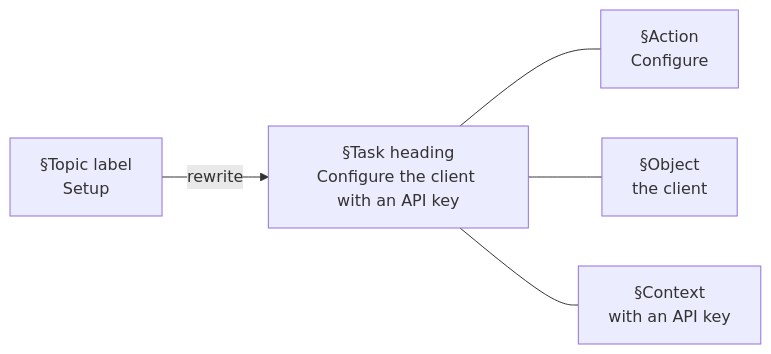
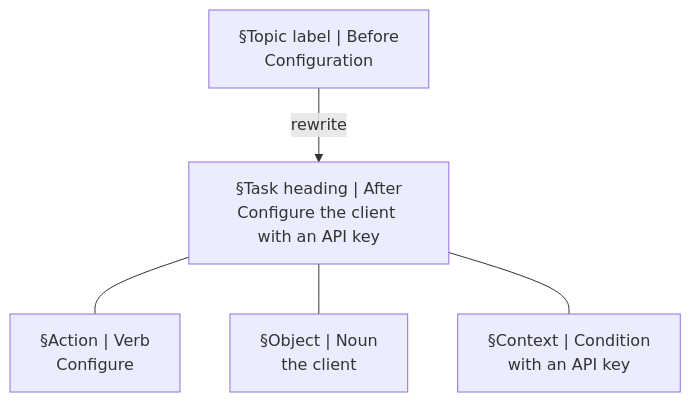
Before and after one commit to ninadpathak/ninadpathak: the diagram in content/diagrams/documentation-headings/task-heading-anatomy.mmd, drawn with Mermaid. The commit also changed 56 other files, not shown here.

```diff
--- a/content/diagrams/documentation-headings/task-heading-anatomy.mmd
+++ b/content/diagrams/documentation-headings/task-heading-anatomy.mmd
@@ -1,22 +1,30 @@
 %% @fig 01
 %% @kicker An illustrative heading rewrite
-%% @alt An illustrative example rewrites the topic label Setup as the task heading Configure the client with an API key, which names an action, an object, and a context.
-%% @caption A topic label names a subject. A task heading names the work the section covers.
+%% @alt An illustrative example rewrites the topic label Configuration as the task heading Configure the client with an API key, which names an action, an object, and a context. A table lists six section jobs with a generic label and an illustrative rewrite for each.
+%% @caption A topic label names a subject. A task heading names the work the section covers. The rewrites are illustrations, not a universal template.
 %% @path before>after
 %% @note after | Read it alone in the outline: the reader knows what they will have done.
+%% @dim action | context | One heading · three parts
+%% @table Section job → heading | Section job | Generic label | Illustrative rewrite
+%% @row Procedure | Setup | Create the project and install the CLI
+%% @row Configuration | Configuration | Configure the client with an API key
+%% @row Verification | Testing | Verify the endpoint accepts a signed test event
+%% @row Recovery | Errors | Recover when signature verification fails
+%% @row Explanation | Authentication | Token scopes and integration access
+%% @row Reference | Options | Retry policy options for background jobs
 %% @legend muted=Topic label; focal=Task heading; outcome=Heading part; hot=Rewrite
-flowchart LR
-  before["§Topic label
-Setup"]:::muted
-  after["§Task heading
+flowchart TB
+  before["§Topic label | Before
+Configuration"]:::muted
+  after["§Task heading | After
 Configure the client with an API key"]:::focal
-  action["§Action
+  action["§Action | Verb
 Configure"]:::outcome
-  object["§Object
+  object["§Object | Noun
 the client"]:::outcome
-  context["§Context
+  context["§Context | Condition
 with an API key"]:::outcome
   before -->|rewrite| after
   after --- action
   after --- object
   after --- context
```
